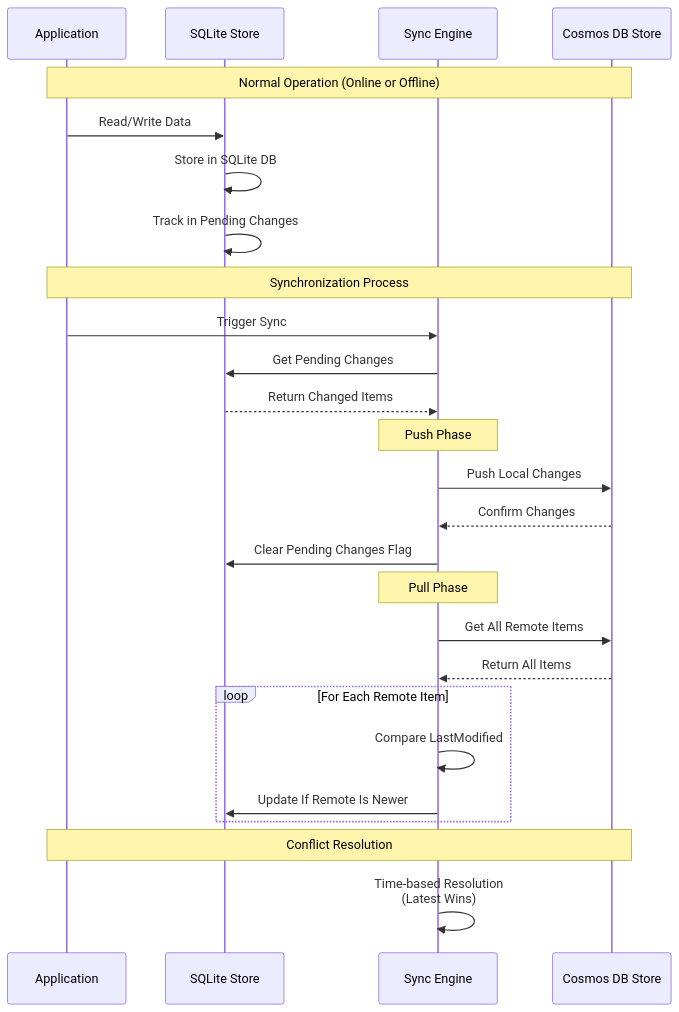
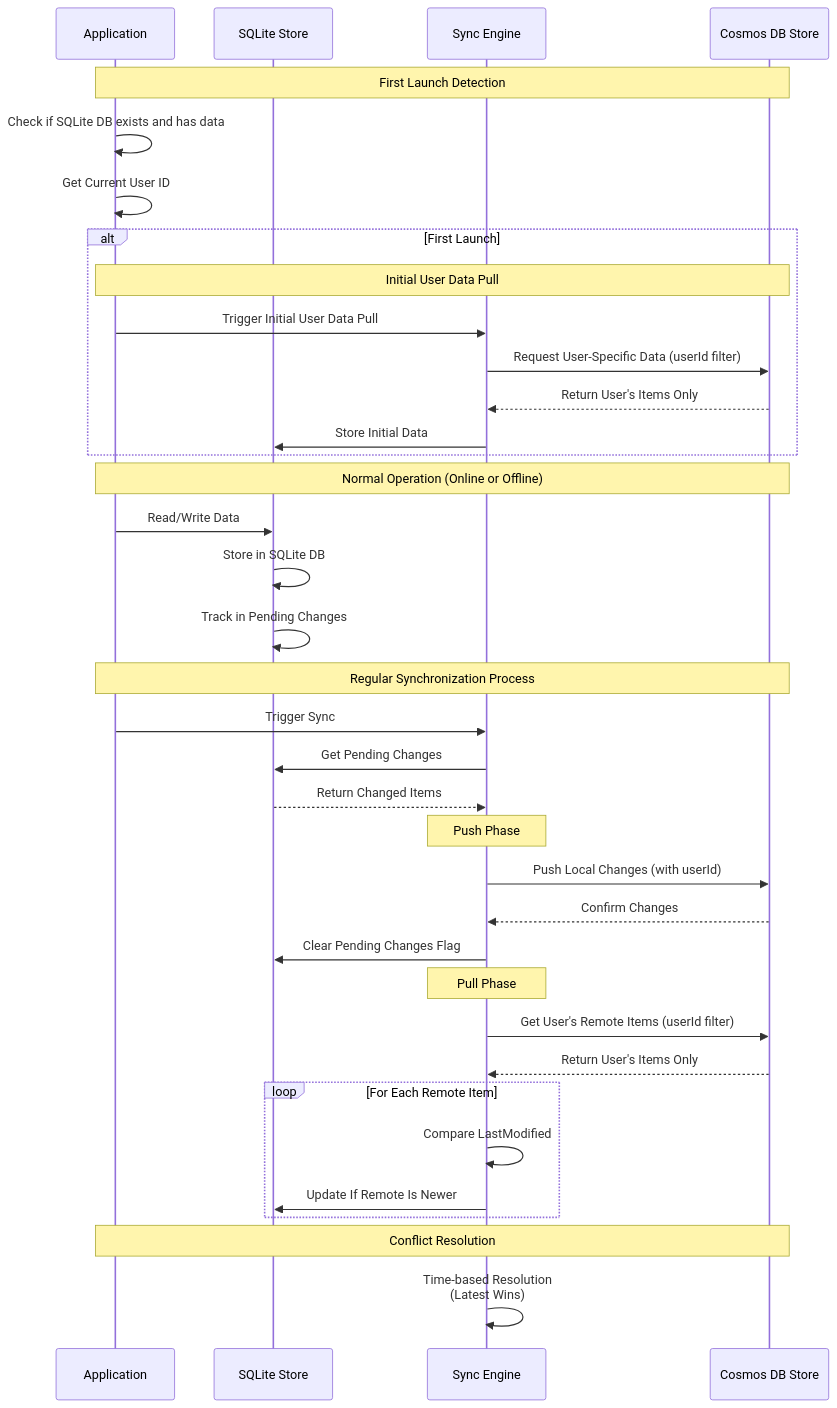
The second of 2 diagrams in README.md (madhugilla/customsync), drawn with Mermaid before and after one commit. The commit also changed other lines of this file and 6 other files, not shown here.

Commit message:
Implement user ID functionality for offline sync

````diff
--- a/README.md
+++ b/README.md
@@ -80,34 +88,46 @@
 ```mermaid
 sequenceDiagram
     participant App as Application
     participant Local as SQLite Store
     participant Sync as Sync Engine
     participant Remote as Cosmos DB Store
     
+    Note over App,Remote: First Launch Detection
+    App->>App: Check if SQLite DB exists and has data
+    App->>App: Get Current User ID
+    
+    alt First Launch
+        Note over App,Remote: Initial User Data Pull
+        App->>Sync: Trigger Initial User Data Pull
+        Sync->>Remote: Request User-Specific Data (userId filter)
+        Remote-->>Sync: Return User's Items Only
+        Sync->>Local: Store Initial Data
+    end
+    
     Note over App,Remote: Normal Operation (Online or Offline)
     App->>Local: Read/Write Data
     Local->>Local: Store in SQLite DB
     Local->>Local: Track in Pending Changes
     
-    Note over App,Remote: Synchronization Process
+    Note over App,Remote: Regular Synchronization Process
     App->>Sync: Trigger Sync
     Sync->>Local: Get Pending Changes
     Local-->>Sync: Return Changed Items
     
     Note over Sync: Push Phase
-    Sync->>Remote: Push Local Changes
+    Sync->>Remote: Push Local Changes (with userId)
     Remote-->>Sync: Confirm Changes
     Sync->>Local: Clear Pending Changes Flag
     
     Note over Sync: Pull Phase
-    Sync->>Remote: Get All Remote Items
-    Remote-->>Sync: Return All Items
+    Sync->>Remote: Get User's Remote Items (userId filter)
+    Remote-->>Sync: Return User's Items Only
     
     loop For Each Remote Item
         Sync->>Sync: Compare LastModified
         Sync->>Local: Update If Remote Is Newer
     end
     
     Note over App,Remote: Conflict Resolution
     Sync->>Sync: Time-based Resolution<br/>(Latest Wins)
 ```
````
